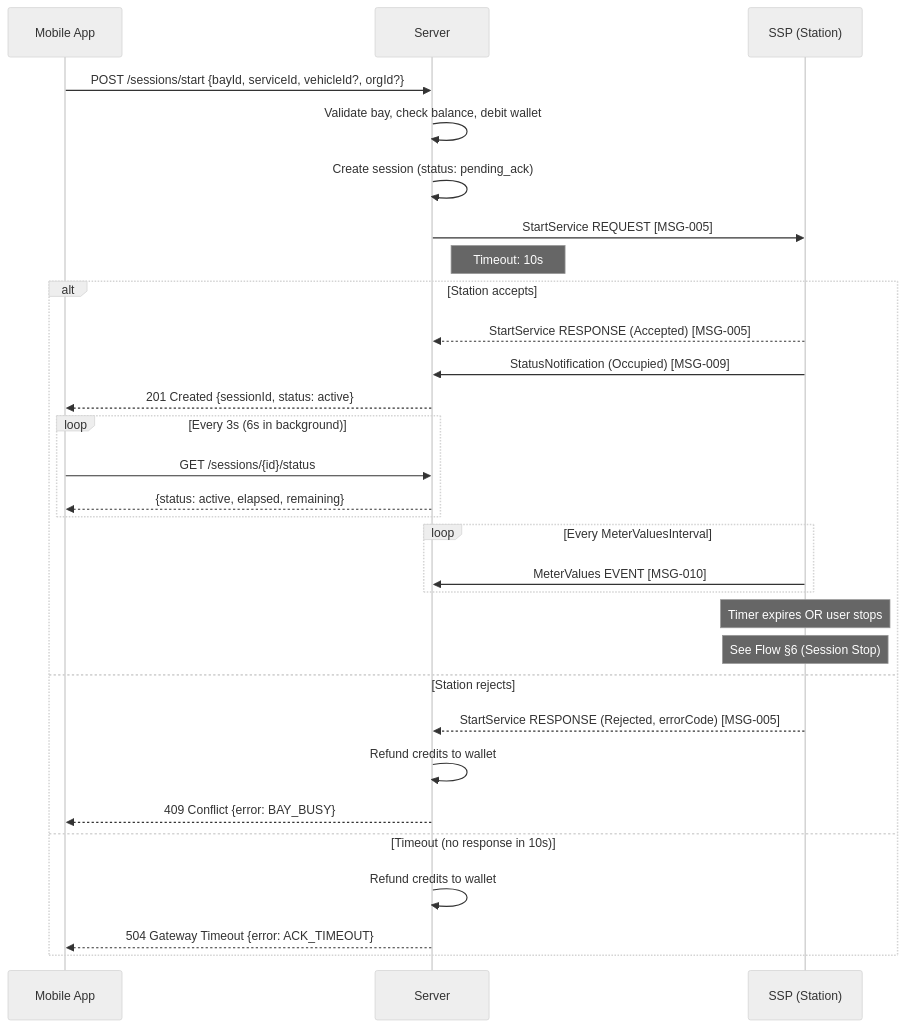
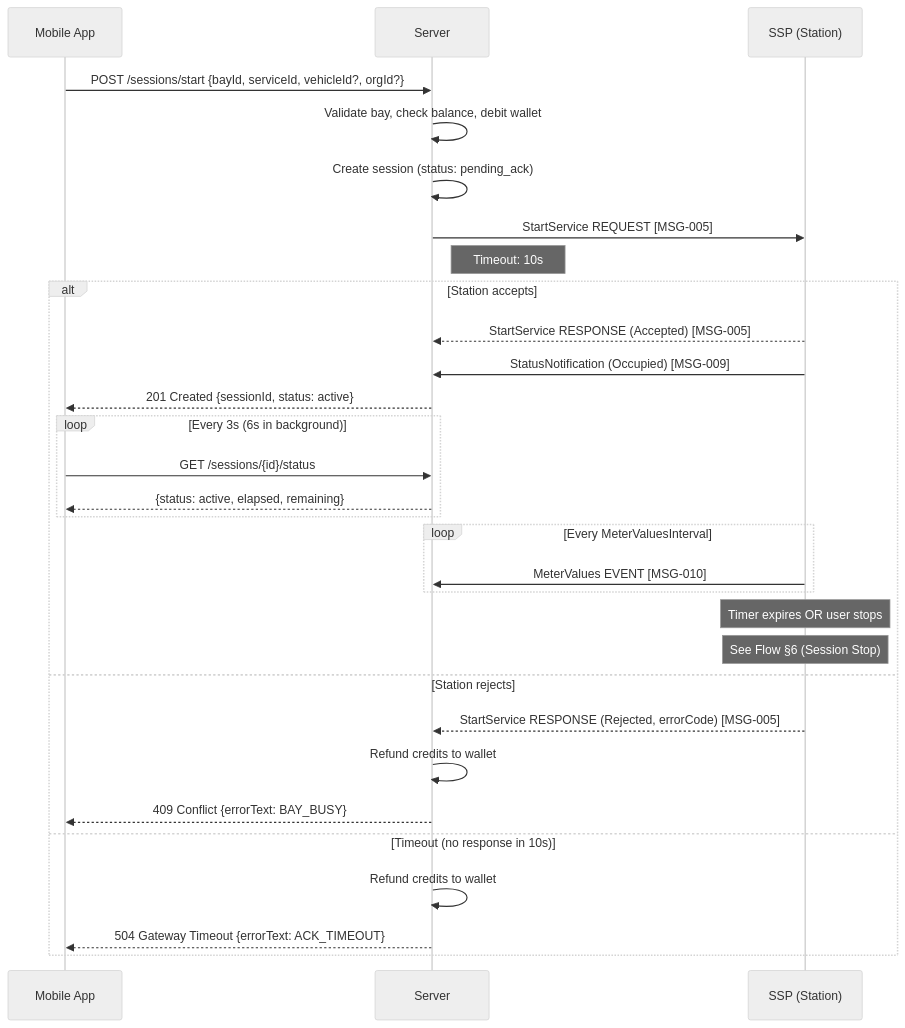
One commit to ospp-org/spec changed the third of 19 diagrams in spec/04-flows.md. Above: the diagram before and after it, drawn with Mermaid (neutral theme). The commit also changed 3 other files, not shown here.

````diff
--- a/spec/04-flows.md
+++ b/spec/04-flows.md
@@ -307,39 +307,39 @@
 ```mermaid
 sequenceDiagram
     participant App as Mobile App
     participant Server
     participant SSP as SSP (Station)
 
     App->>Server: POST /sessions/start {bayId, serviceId, vehicleId?, orgId?}
     Server->>Server: Validate bay, check balance, debit wallet
     Server->>Server: Create session (status: pending_ack)
     Server->>SSP: StartService REQUEST [MSG-005]
     Note right of Server: Timeout: 10s
 
     alt Station accepts
         SSP-->>Server: StartService RESPONSE (Accepted) [MSG-005]
         SSP->>Server: StatusNotification (Occupied) [MSG-009]
         Server-->>App: 201 Created {sessionId, status: active}
 
         loop Every 3s (6s in background)
             App->>Server: GET /sessions/{id}/status
             Server-->>App: {status: active, elapsed, remaining}
         end
 
         loop Every MeterValuesInterval
             SSP->>Server: MeterValues EVENT [MSG-010]
         end
 
         Note over SSP: Timer expires OR user stops
         Note over SSP: See Flow §6 (Session Stop)
 
     else Station rejects
         SSP-->>Server: StartService RESPONSE (Rejected, errorCode) [MSG-005]
         Server->>Server: Refund credits to wallet
-        Server-->>App: 409 Conflict {error: BAY_BUSY}
+        Server-->>App: 409 Conflict {errorText: BAY_BUSY}
 
     else Timeout (no response in 10s)
         Server->>Server: Refund credits to wallet
-        Server-->>App: 504 Gateway Timeout {error: ACK_TIMEOUT}
+        Server-->>App: 504 Gateway Timeout {errorText: ACK_TIMEOUT}
     end
 ```
````
